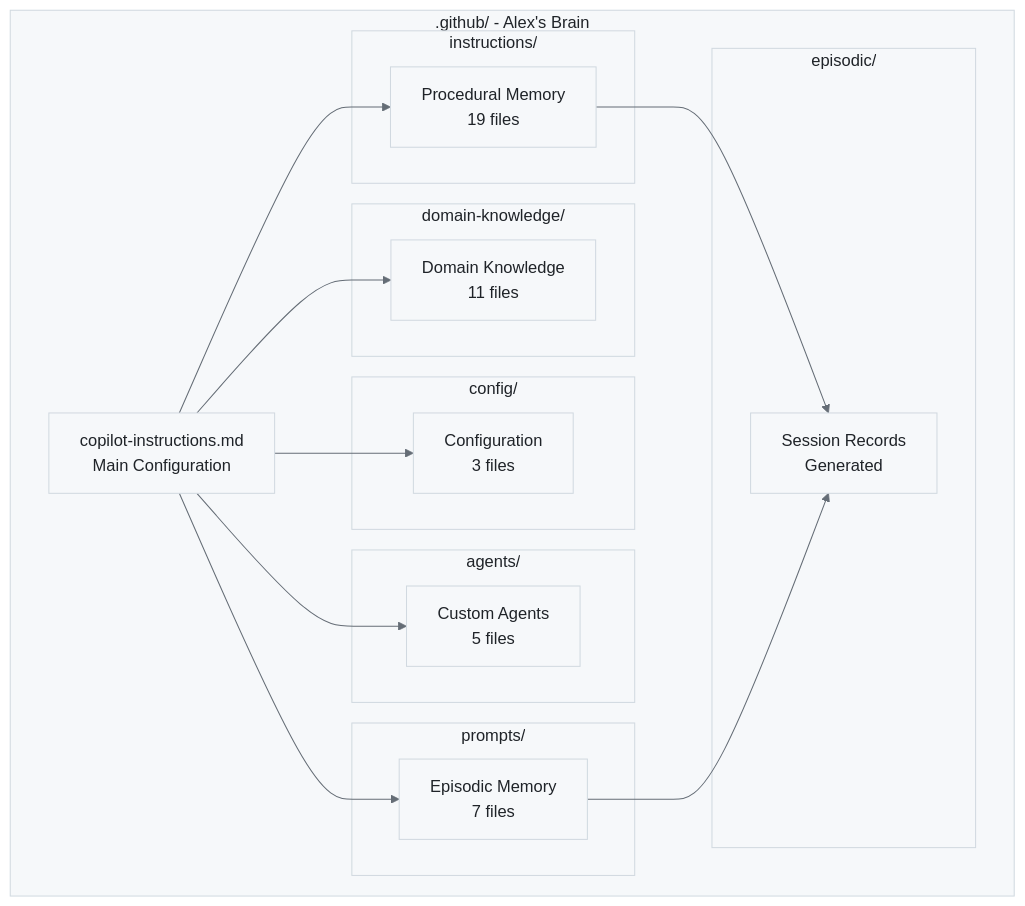
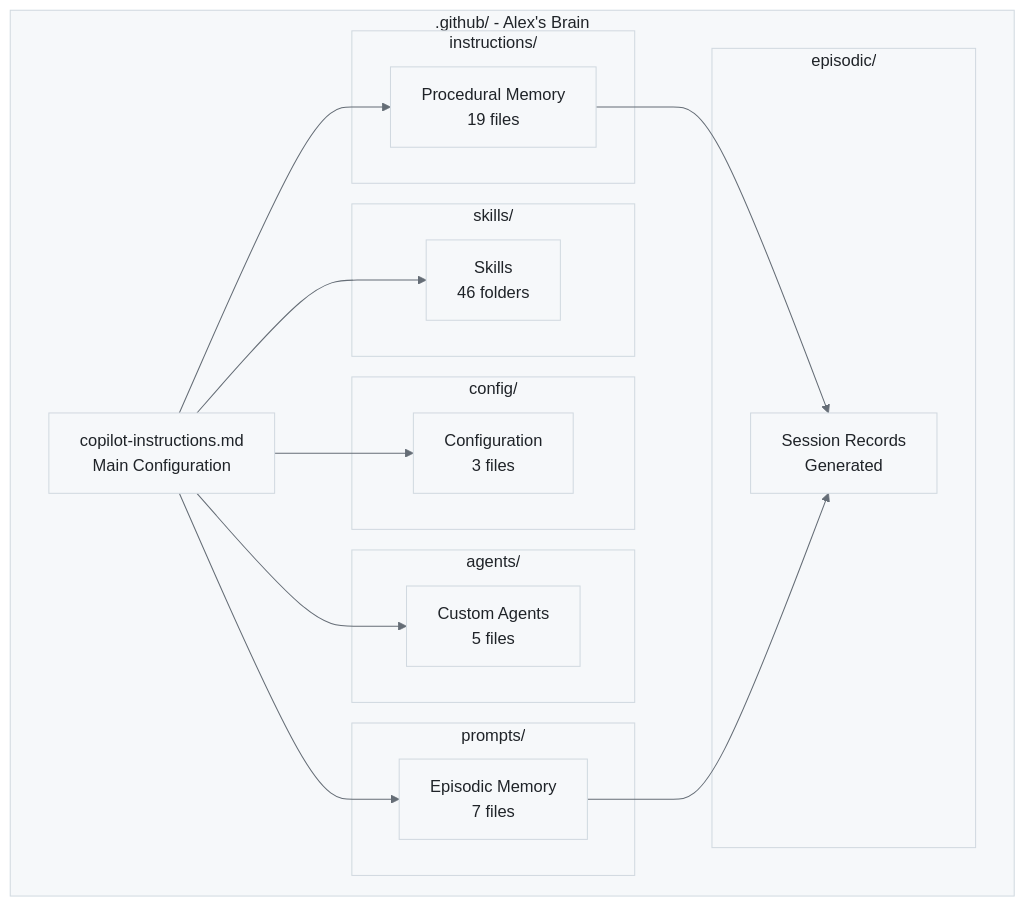
The diagram in alex_docs/PROJECT-STRUCTURE.md (fabioc-aloha/Alex_Plug_In), drawn with Mermaid before and after one commit. The commit also changed other lines of this file and 158 other files, not shown here.

First line of the commit message:
docs: Epic architecture consistency update (v3.7.3)

````diff
--- a/alex_docs/PROJECT-STRUCTURE.md
+++ b/alex_docs/PROJECT-STRUCTURE.md
@@ -11,39 +11,39 @@
 ```mermaid
 %%{init: {'theme': 'base', 'themeVariables': { 'primaryColor': '#f6f8fa', 'primaryTextColor': '#1f2328', 'primaryBorderColor': '#d1d9e0', 'lineColor': '#656d76', 'secondaryColor': '#f6f8fa', 'tertiaryColor': '#ffffff', 'background': '#ffffff', 'mainBkg': '#f6f8fa', 'nodeBorder': '#d1d9e0', 'clusterBkg': '#f6f8fa', 'clusterBorder': '#d1d9e0', 'titleColor': '#1f2328', 'edgeLabelBackground': '#ffffff'}}}%%
 graph TB
     subgraph ".github/ - Alex's Brain"
         CI[copilot-instructions.md<br/>Main Configuration]
 
         subgraph "instructions/"
             PROC[Procedural Memory<br/>19 files]
         end
 
         subgraph "prompts/"
             EPIS[Episodic Memory<br/>7 files]
         end
 
-        subgraph "domain-knowledge/"
-            DK[Domain Knowledge<br/>11 files]
+        subgraph "skills/"
+            SK[Skills<br/>46 folders]
         end
 
         subgraph "config/"
             CFG[Configuration<br/>3 files]
         end
 
         subgraph "agents/"
             AGT[Custom Agents<br/>5 files]
         end
 
         subgraph "episodic/"
             SESS[Session Records<br/>Generated]
         end
     end
 
     CI --> PROC
     CI --> EPIS
-    CI --> DK
+    CI --> SK
     CI --> CFG
     CI --> AGT
     PROC --> SESS
     EPIS --> SESS
 ```
````
